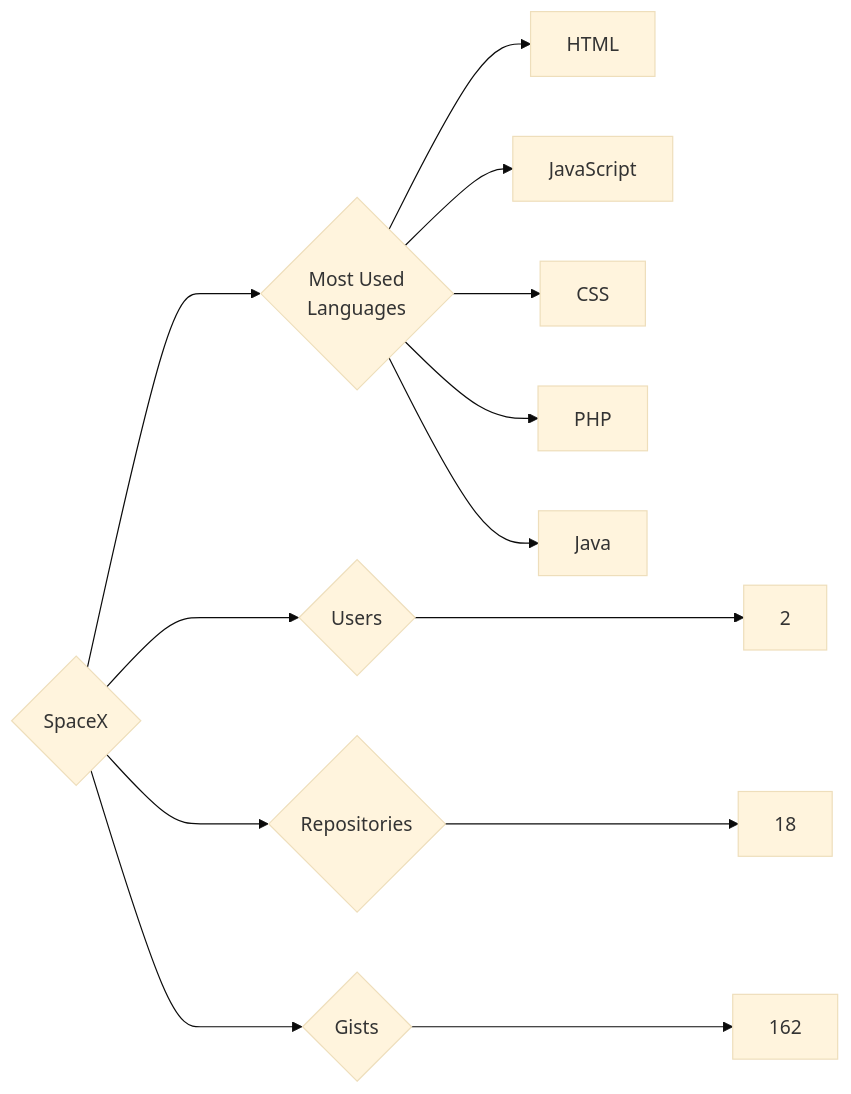
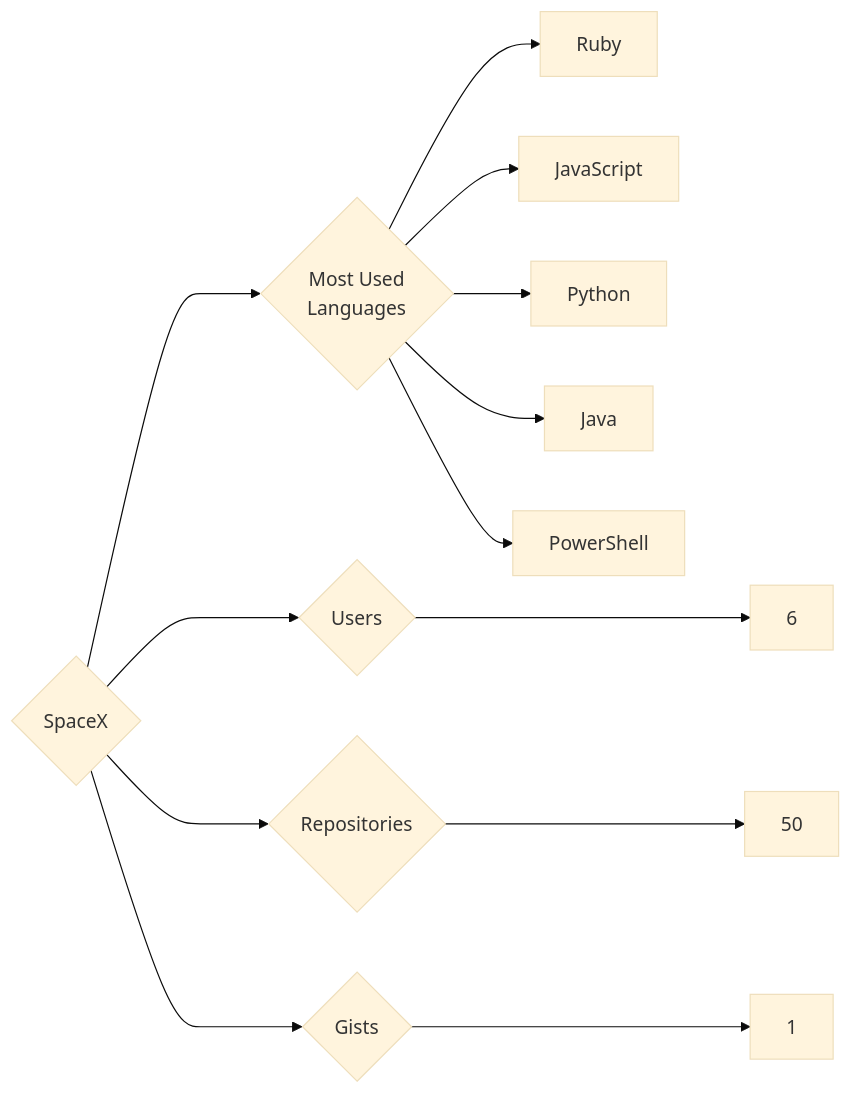
The diagram in targets/SpaceX/README.md (trickest/insiders), drawn with Mermaid (base theme) before and after one commit. The commit also changed 806 other files, not shown here.

````diff
--- a/targets/SpaceX/README.md
+++ b/targets/SpaceX/README.md
@@ -3,13 +3,13 @@
 ```mermaid
 graph LR
 COMPANY_NAME{SpaceX}
-COMPANY_NAME ---> U{Users} ---> UN[2]
-COMPANY_NAME ---> R{Repositories} ---> RN[18]
-COMPANY_NAME ---> G{Gists} ---> GN[162]
+COMPANY_NAME ---> U{Users} ---> UN[6]
+COMPANY_NAME ---> R{Repositories} ---> RN[50]
+COMPANY_NAME ---> G{Gists} ---> GN[1]
 COMPANY_NAME ---> ML{Most Used<br>Languages}
-ML --> HTML[HTML]
+ML --> Ruby[Ruby]
 ML --> JavaScript[JavaScript]
-ML --> CSS[CSS]
-ML --> PHP[PHP]
+ML --> Python[Python]
 ML --> Java[Java]
+ML --> PowerShell[PowerShell]
 ```
````
